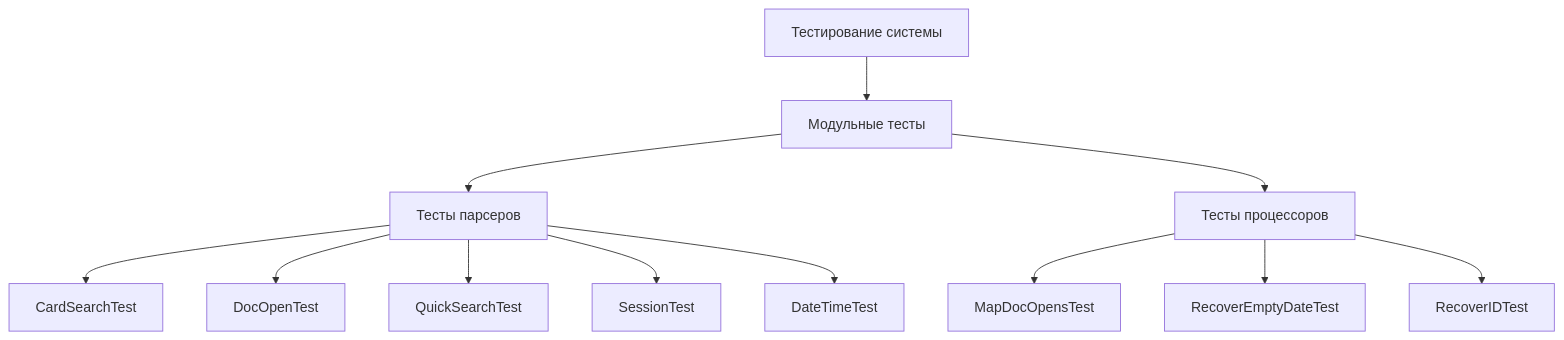
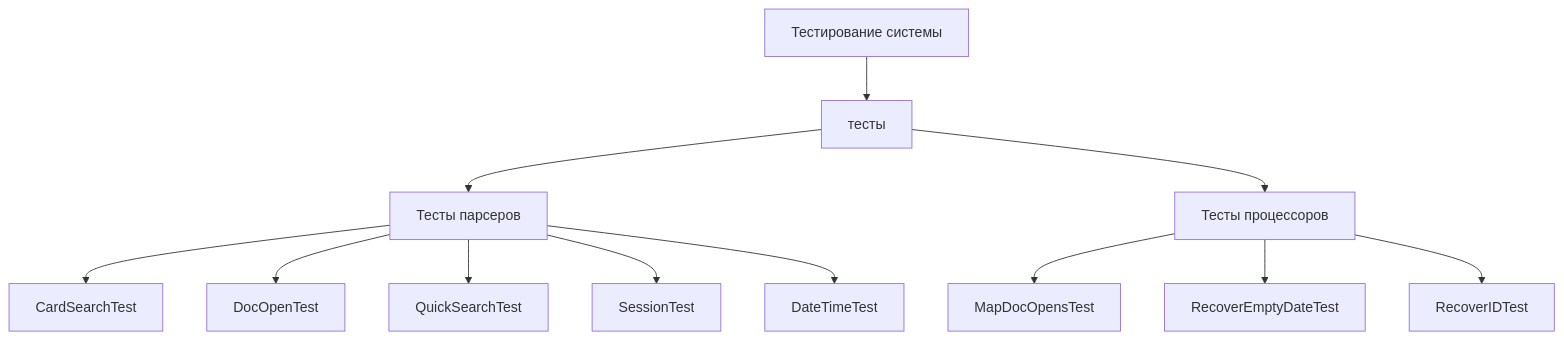
Before and after one commit to u-khasanova/test_DE: the diagram in README.md, drawn with Mermaid. The commit also changed 11 other files, not shown here.

````diff
--- a/README.md
+++ b/README.md
@@ -7,16 +7,16 @@
 ```mermaid
 graph TD
-    A[Тестирование системы] --> B[Модульные тесты]
+    A[Тестирование системы] --> B[тесты]
     
     B --> B1[Тесты парсеров]
     B1 --> B11[CardSearchTest]
     B1 --> B12[DocOpenTest]
     B1 --> B13[QuickSearchTest]
     B1 --> B14[SessionTest]
     B1 --> B15[DateTimeTest]
     
     B --> B2[Тесты процессоров]
     B2 --> B21[MapDocOpensTest]
     B2 --> B22[RecoverEmptyDateTest]
     B2 --> B23[RecoverIDTest]
 ```
````
